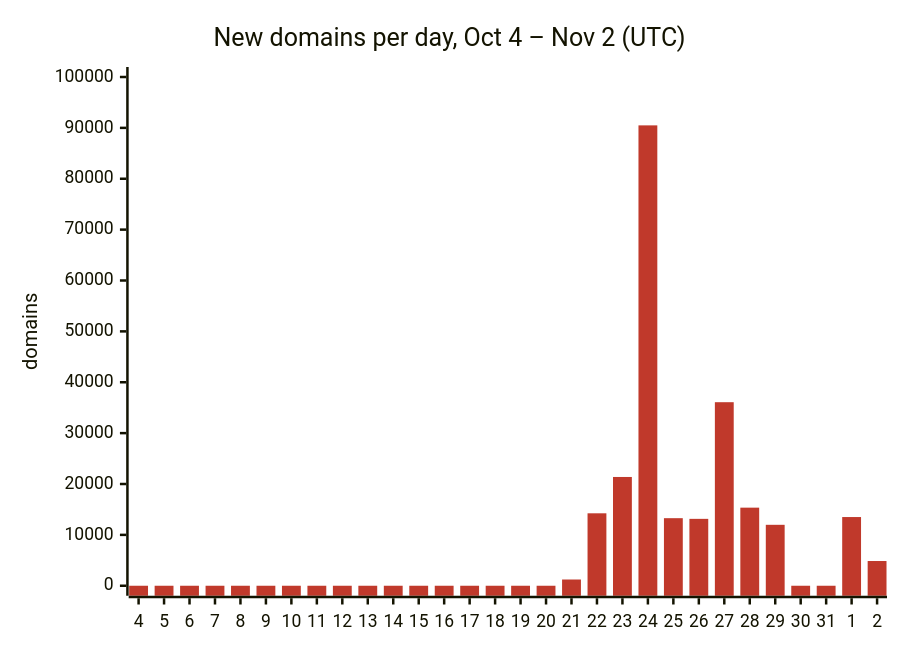
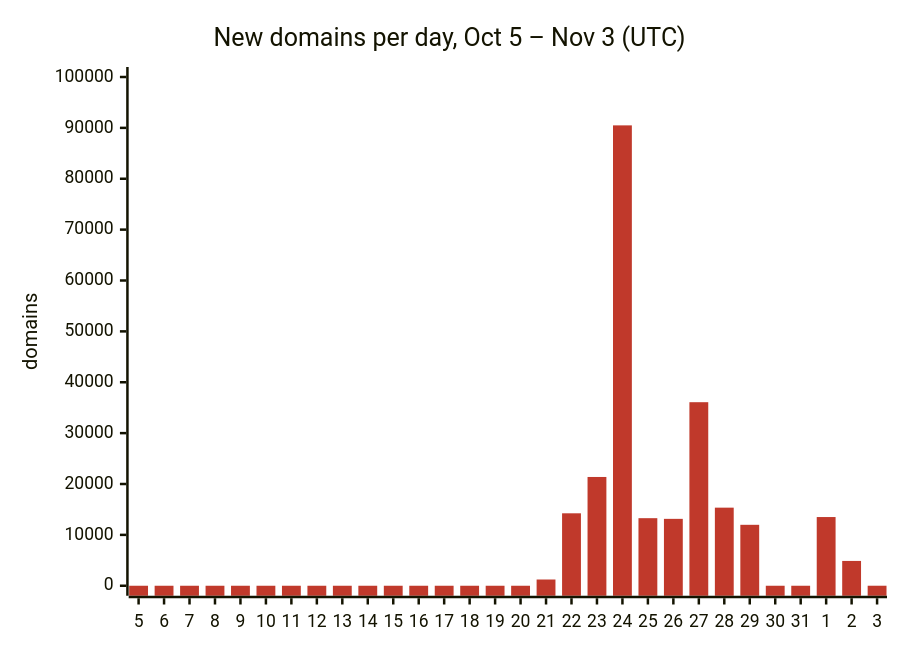
One commit to DNSBunker/CTI changed the first of 3 diagrams in README.md. Above: the diagram before and after it, drawn with Mermaid. The commit also changed other lines of this file and 3 other files, not shown here.

First line of the commit message:
Update 2026-11-03 00:05 UTC: 190156 domains

````diff
--- a/README.md
+++ b/README.md
@@ -29,8 +29,8 @@
 ```mermaid
 %%{init: {"themeVariables": {"xyChart": {"plotColorPalette": "#c0392b"}}}}%%
 xychart-beta
-    title "New domains per day, Oct 4 – Nov 2 (UTC)"
-    x-axis ["4", "5", "6", "7", "8", "9", "10", "11", "12", "13", "14", "15", "16", "17", "18", "19", "20", "21", "22", "23", "24", "25", "26", "27", "28", "29", "30", "31", "1", "2"]
+    title "New domains per day, Oct 5 – Nov 3 (UTC)"
+    x-axis ["5", "6", "7", "8", "9", "10", "11", "12", "13", "14", "15", "16", "17", "18", "19", "20", "21", "22", "23", "24", "25", "26", "27", "28", "29", "30", "31", "1", "2", "3"]
     y-axis "domains" 0 --> 100000
-    bar [0, 0, 0, 0, 0, 0, 0, 0, 0, 0, 0, 0, 0, 0, 0, 0, 0, 1227, 14240, 21381, 90492, 13281, 13149, 36078, 15350, 11978, 0, 0, 13504, 4862]
+    bar [0, 0, 0, 0, 0, 0, 0, 0, 0, 0, 0, 0, 0, 0, 0, 0, 1227, 14240, 21381, 90492, 13281, 13149, 36078, 15350, 11978, 0, 0, 13504, 4877, 4]
 ```
````
